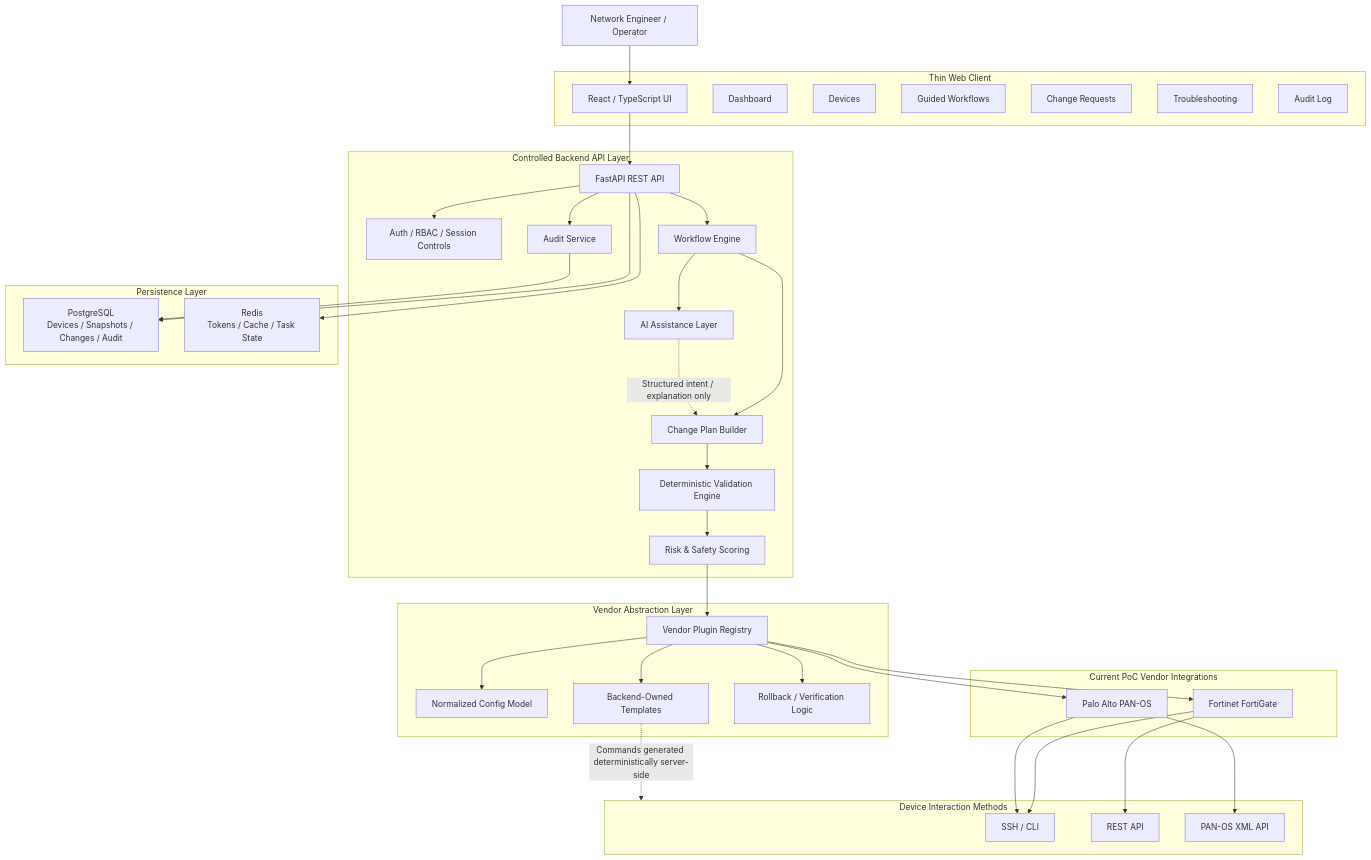
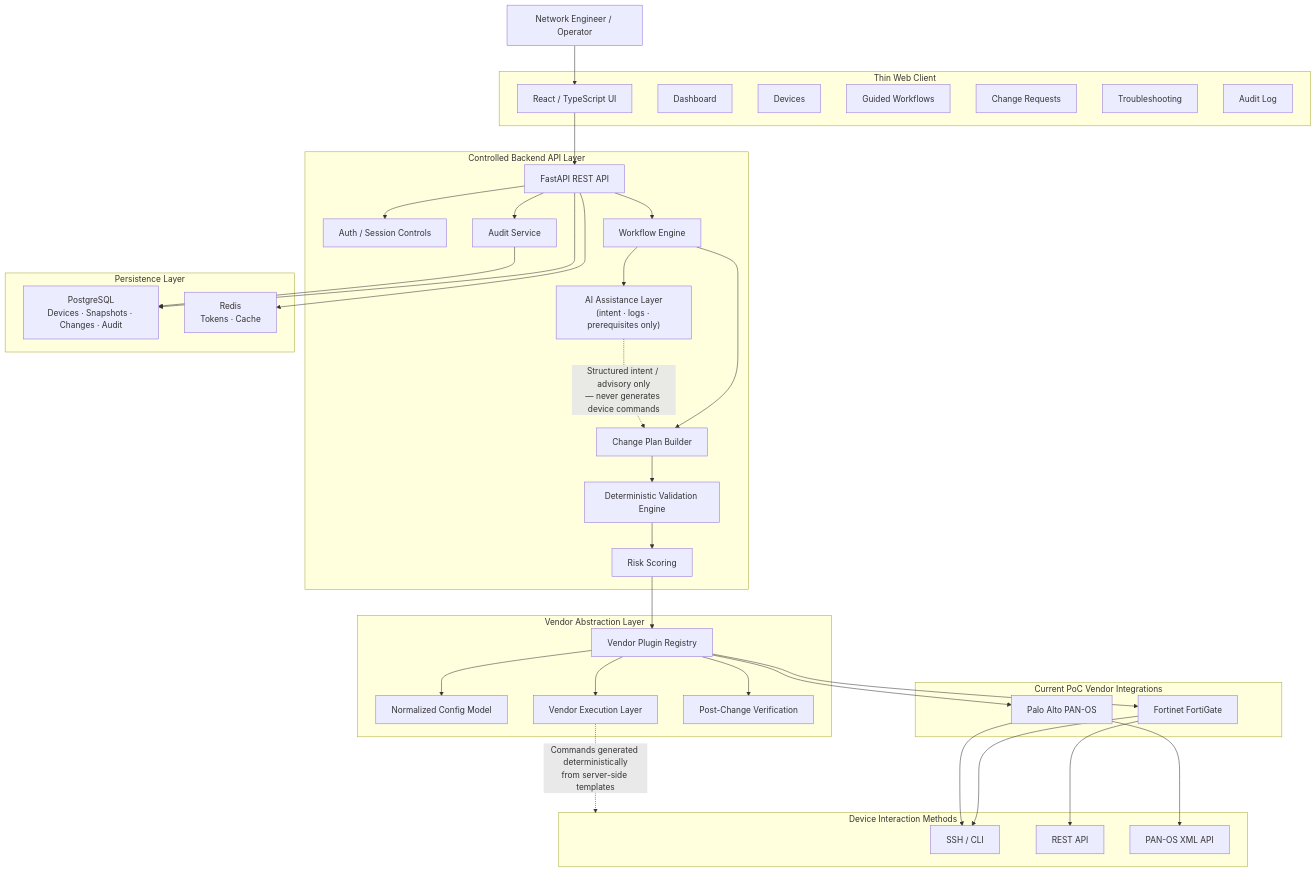
Before and after one commit to dazgour/synapse-optical-docs: the diagram in architecture/high-level-architecture.md, drawn with Mermaid. The commit also changed other lines of this file, not shown here.

````diff
--- a/architecture/high-level-architecture.md
+++ b/architecture/high-level-architecture.md
@@ -5,80 +83,80 @@
 ```mermaid
 flowchart TB
     User["Network Engineer / Operator"]
 
     subgraph Client["Thin Web Client"]
         UI["React / TypeScript UI"]
         Dashboard["Dashboard"]
         Devices["Devices"]
         Workflows["Guided Workflows"]
         Changes["Change Requests"]
         Troubleshoot["Troubleshooting"]
         Audit["Audit Log"]
     end
 
     subgraph Backend["Controlled Backend API Layer"]
         API["FastAPI REST API"]
-        Auth["Auth / RBAC / Session Controls"]
+        Auth["Auth / Session Controls"]
         Workflow["Workflow Engine"]
         ChangePlan["Change Plan Builder"]
         Validation["Deterministic Validation Engine"]
-        Risk["Risk & Safety Scoring"]
-        AI["AI Assistance Layer"]
+        Risk["Risk Scoring"]
+        AI["AI Assistance Layer\n(intent · logs · prerequisites only)"]
         AuditSvc["Audit Service"]
     end
 
     subgraph VendorCore["Vendor Abstraction Layer"]
         Registry["Vendor Plugin Registry"]
         Normalized["Normalized Config Model"]
-        Templates["Backend-Owned Templates"]
-        Rollback["Rollback / Verification Logic"]
+        ExecLayer["Vendor Execution Layer"]
+        Verification["Post-Change Verification"]
     end
 
     subgraph Vendors["Current PoC Vendor Integrations"]
         FortiGate["Fortinet FortiGate"]
         PANOS["Palo Alto PAN-OS"]
     end
 
     subgraph DeviceAccess["Device Interaction Methods"]
         SSH["SSH / CLI"]
         REST["REST API"]
         XML["PAN-OS XML API"]
     end
 
     subgraph Data["Persistence Layer"]
-        PG["PostgreSQL\nDevices / Snapshots / Changes / Audit"]
-        Redis["Redis\nTokens / Cache / Task State"]
+        PG["PostgreSQL\nDevices · Snapshots · Changes · Audit"]
+        Redis["Redis\nTokens · Cache"]
     end
 
     User --> UI
     UI --> API
 
     API --> Auth
     API --> Workflow
     API --> AuditSvc
 
     Workflow --> AI
     Workflow --> ChangePlan
     ChangePlan --> Validation
     Validation --> Risk
     Risk --> Registry
 
     Registry --> Normalized
-    Registry --> Templates
-    Registry --> Rollback
+    Registry --> ExecLayer
+    Registry --> Verification
 
     Registry --> FortiGate
     Registry --> PANOS
 
+    FortiGate --> REST
     FortiGate --> SSH
-    FortiGate --> REST
     PANOS --> XML
     PANOS --> SSH
 
     API --> PG
     API --> Redis
     AuditSvc --> PG
 
-    AI -. "Structured intent / explanation only" .-> ChangePlan
-    Templates -. "Commands generated deterministically server-side" .-> DeviceAccess
+    AI -. "Structured intent / advisory only\n— never generates device commands" .-> ChangePlan
+    ExecLayer -. "Commands generated deterministically\nfrom server-side templates" .-> DeviceAccess
 ```
````
